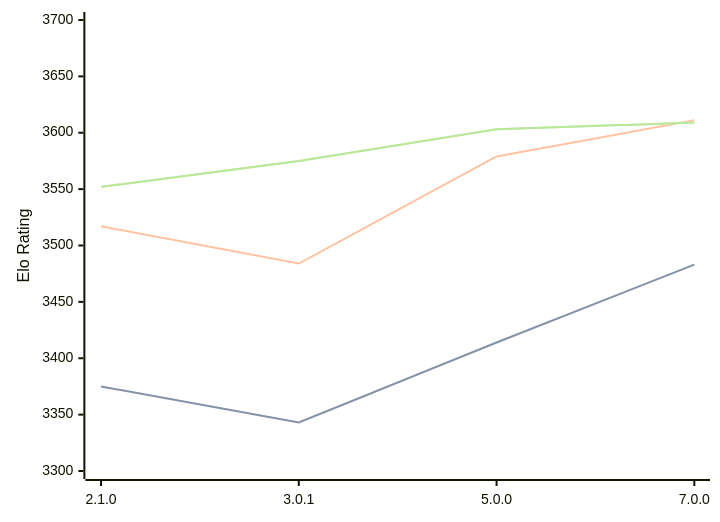
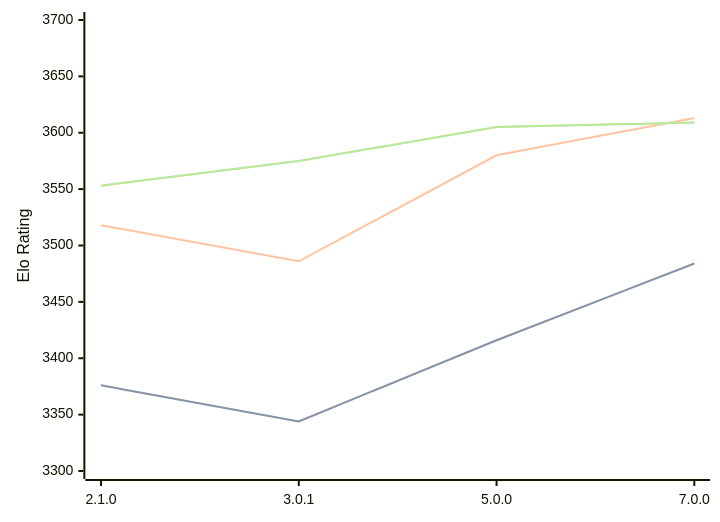
One commit to computer-chess-index/cci changed the diagram in engines/PlentyChess.md. Above: the diagram before and after it, drawn with Mermaid. The commit also changed other lines of this file, not shown here.

Commit message:
Update CCI Ratings (ELO VLTC) - 2026-05-16

````diff
--- a/engines/PlentyChess.md
+++ b/engines/PlentyChess.md
@@ -45,11 +45,11 @@
 ```mermaid
 %%{init: {"theme":"base","themeVariables":{"seriesColors:['#a3a3a3','#222221','#faa371']}}}%%
 xychart-beta
   x-axis ["2.1.0", "3.0.1", "5.0.0", "7.0.0"]
   y-axis "Elo Rating" 3300 --> 3700
-  line "STC (8.0+0.08s)" [3375, 3343, 3414, 3483]
-  line "STC (8.0+0.08s)" [3375, 3343, 3414, 3483]
-  line "LTC (60.0+0.60s)" [3517, 3484, 3579, 3611]
-  line "VLTC (2m24s+1.12s)" [3552, 3575, 3603, 3609]
-  line "VLTC (2m24s+1.12s)" [3552, 3575, 3603, 3609]
+  line "STC (8.0+0.08s)" [3376, 3344, 3416, 3484]
+  line "STC (8.0+0.08s)" [3376, 3344, 3416, 3484]
+  line "LTC (60.0+0.60s)" [3518, 3486, 3580, 3613]
+  line "VLTC (2m24s+1.12s)" [3553, 3575, 3605, 3609]
+  line "VLTC (2m24s+1.12s)" [3553, 3575, 3605, 3609]
 ```
````
